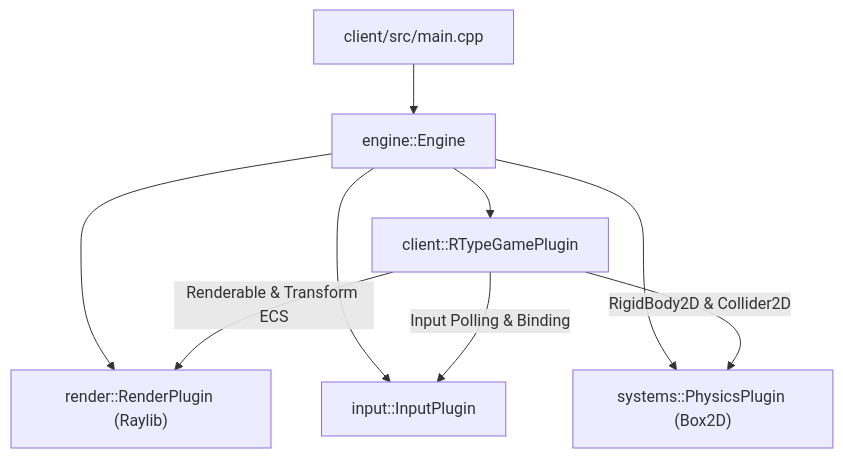
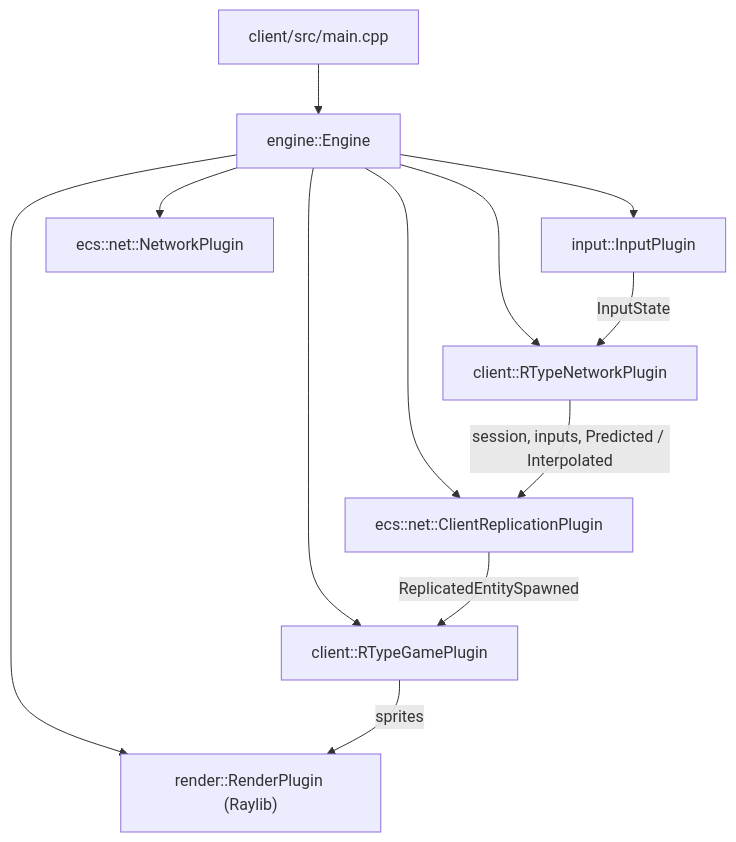
The diagram in docs/architecture/client.md (Matt4401/Mirror-Rtype), drawn with Mermaid before and after one commit. The commit also changed other lines of this file and 11 other files, not shown here.

````diff
--- a/docs/architecture/client.md
+++ b/docs/architecture/client.md
@@ -7,12 +8,15 @@
 ```mermaid
 flowchart TD
     Main["client/src/main.cpp"] --> Engine["engine::Engine"]
     Engine --> RenderPlugin["render::RenderPlugin (Raylib)"]
     Engine --> InputPlugin["input::InputPlugin"]
-    Engine --> PhysicsPlugin["systems::PhysicsPlugin (Box2D)"]
+    Engine --> NetworkPlugin["ecs::net::NetworkPlugin"]
+    Engine --> Replication["ecs::net::ClientReplicationPlugin"]
+    Engine --> NetPlugin["client::RTypeNetworkPlugin"]
     Engine --> GamePlugin["client::RTypeGamePlugin"]
 
-    GamePlugin -->|"Input Polling & Binding"| InputPlugin
-    GamePlugin -->|"Renderable & Transform ECS"| RenderPlugin
-    GamePlugin -->|"RigidBody2D & Collider2D"| PhysicsPlugin
+    NetPlugin -->|"session, inputs, Predicted / Interpolated"| Replication
+    Replication -->|"ReplicatedEntitySpawned"| GamePlugin
+    GamePlugin -->|"sprites"| RenderPlugin
+    InputPlugin -->|"InputState"| NetPlugin
 ```
````
